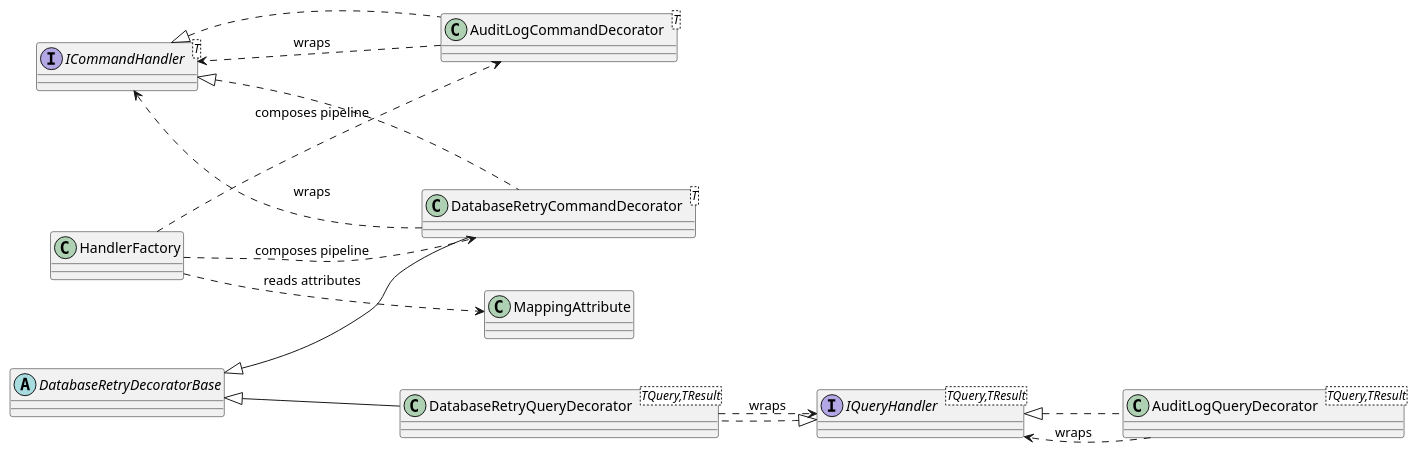
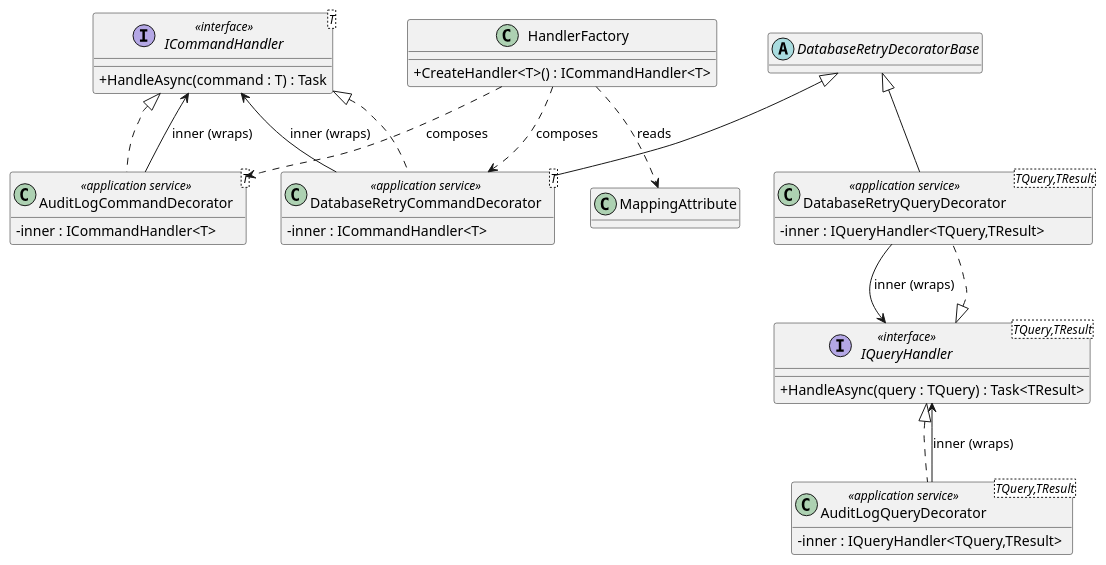
Diagram 18 of 28 in docs/architecture/UML_CLASS_DIAGRAM_SOURCE.md (tinse-22/GSP26SE43.ModularMonolith), drawn with PlantUML before and after one commit. The commit also changed other lines of this file and 10 other files, not shown here.

````diff
--- a/docs/architecture/UML_CLASS_DIAGRAM_SOURCE.md
+++ b/docs/architecture/UML_CLASS_DIAGRAM_SOURCE.md
@@ -743,32 +1509,56 @@
 ```plantuml
 @startuml
-left to right direction
+skinparam classAttributeIconSize 0
+hide empty methods
 
-interface "ICommandHandler<T>" as ICommandHandlerT
-interface "IQueryHandler<TQuery,TResult>" as IQueryHandlerTQTR
-class "AuditLogCommandDecorator<T>" as AuditLogCommandDecoratorT
-class "AuditLogQueryDecorator<TQuery,TResult>" as AuditLogQueryDecoratorTQTR
-class "DatabaseRetryCommandDecorator<T>" as DatabaseRetryCommandDecoratorT
-class "DatabaseRetryQueryDecorator<TQuery,TResult>" as DatabaseRetryQueryDecoratorTQTR
-abstract class DatabaseRetryDecoratorBase
-class HandlerFactory
+interface "ICommandHandler<T>" as ICommandHandlerT <<interface>> {
+  + HandleAsync(command : T) : Task
+}
+
+interface "IQueryHandler<TQuery,TResult>" as IQueryHandlerTQTR <<interface>> {
+  + HandleAsync(query : TQuery) : Task<TResult>
+}
+
+abstract class DatabaseRetryDecoratorBase {
+}
+
+class "AuditLogCommandDecorator<T>" as AuditLogCmdDec <<application service>> {
+  - inner : ICommandHandler<T>
+}
+
+class "DatabaseRetryCommandDecorator<T>" as RetryCmdDec <<application service>> {
+  - inner : ICommandHandler<T>
+}
+
+class "AuditLogQueryDecorator<TQuery,TResult>" as AuditLogQryDec <<application service>> {
+  - inner : IQueryHandler<TQuery,TResult>
+}
+
+class "DatabaseRetryQueryDecorator<TQuery,TResult>" as RetryQryDec <<application service>> {
+  - inner : IQueryHandler<TQuery,TResult>
+}
+
+class HandlerFactory {
+  + CreateHandler<T>() : ICommandHandler<T>
+}
+
 class MappingAttribute
 
-ICommandHandlerT <|.. AuditLogCommandDecoratorT
-IQueryHandlerTQTR <|.. AuditLogQueryDecoratorTQTR
-ICommandHandlerT <|.. DatabaseRetryCommandDecoratorT
-IQueryHandlerTQTR <|.. DatabaseRetryQueryDecoratorTQTR
+ICommandHandlerT <|.. AuditLogCmdDec
+ICommandHandlerT <|.. RetryCmdDec
+IQueryHandlerTQTR <|.. AuditLogQryDec
+IQueryHandlerTQTR <|.. RetryQryDec
 
-DatabaseRetryDecoratorBase <|-- DatabaseRetryCommandDecoratorT
-DatabaseRetryDecoratorBase <|-- DatabaseRetryQueryDecoratorTQTR
+DatabaseRetryDecoratorBase <|-- RetryCmdDec
+DatabaseRetryDecoratorBase <|-- RetryQryDec
 
-AuditLogCommandDecoratorT ..> ICommandHandlerT : wraps
-AuditLogQueryDecoratorTQTR ..> IQueryHandlerTQTR : wraps
-DatabaseRetryCommandDecoratorT ..> ICommandHandlerT : wraps
-DatabaseRetryQueryDecoratorTQTR ..> IQueryHandlerTQTR : wraps
+AuditLogCmdDec --> ICommandHandlerT : inner (wraps)
+RetryCmdDec --> ICommandHandlerT : inner (wraps)
+AuditLogQryDec --> IQueryHandlerTQTR : inner (wraps)
+RetryQryDec --> IQueryHandlerTQTR : inner (wraps)
 
-HandlerFactory ..> MappingAttribute : reads attributes
-HandlerFactory ..> AuditLogCommandDecoratorT : composes pipeline
-HandlerFactory ..> DatabaseRetryCommandDecoratorT : composes pipeline
+HandlerFactory ..> MappingAttribute : reads
+HandlerFactory ..> AuditLogCmdDec : composes
+HandlerFactory ..> RetryCmdDec : composes
 @enduml
 ```
````
